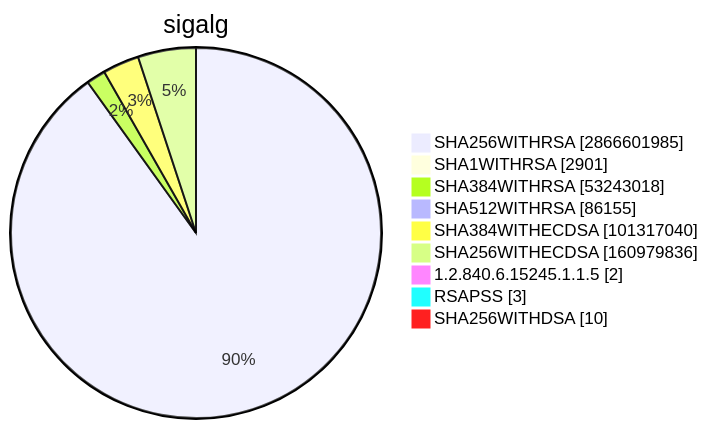
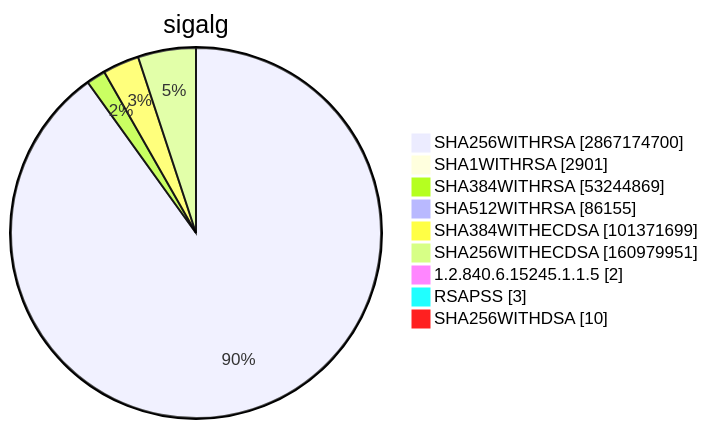
One commit to christiankrug/ctmonitor_visualization changed diagram 15 of 15 in TOTAL/README.md. Above: the diagram before and after it, drawn with Mermaid. The commit also changed other lines of this file, not shown here.

````diff
--- a/TOTAL/README.md
+++ b/TOTAL/README.md
@@ -6207,13 +6207,13 @@
 ```mermaid
 pie showData
 title sigalg
-"SHA256WITHRSA" :2866601985
+"SHA256WITHRSA" :2867174700
 "SHA1WITHRSA" :2901
-"SHA384WITHRSA" :53243018
+"SHA384WITHRSA" :53244869
 "SHA512WITHRSA" :86155
-"SHA384WITHECDSA" :101317040
-"SHA256WITHECDSA" :160979836
+"SHA384WITHECDSA" :101371699
+"SHA256WITHECDSA" :160979951
 "1.2.840.6.15245.1.1.5" :2
 "RSAPSS" :3
 "SHA256WITHDSA" :10
 ```
````
